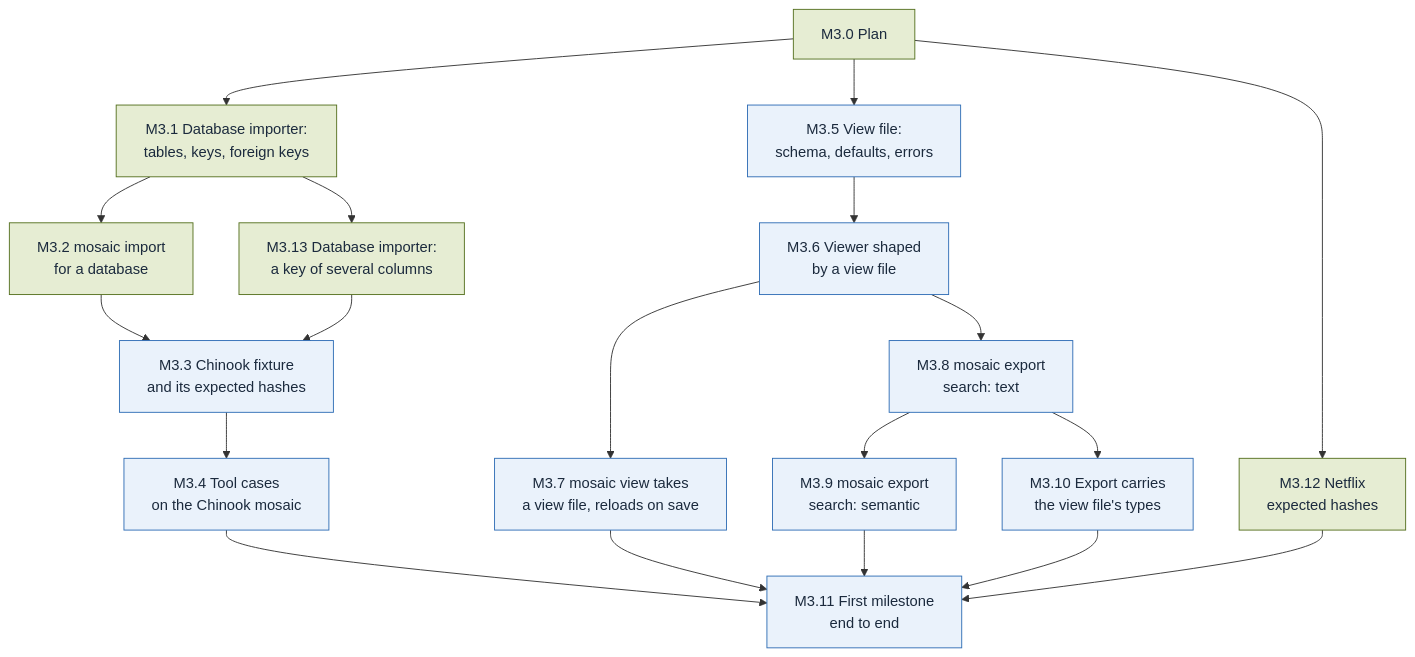
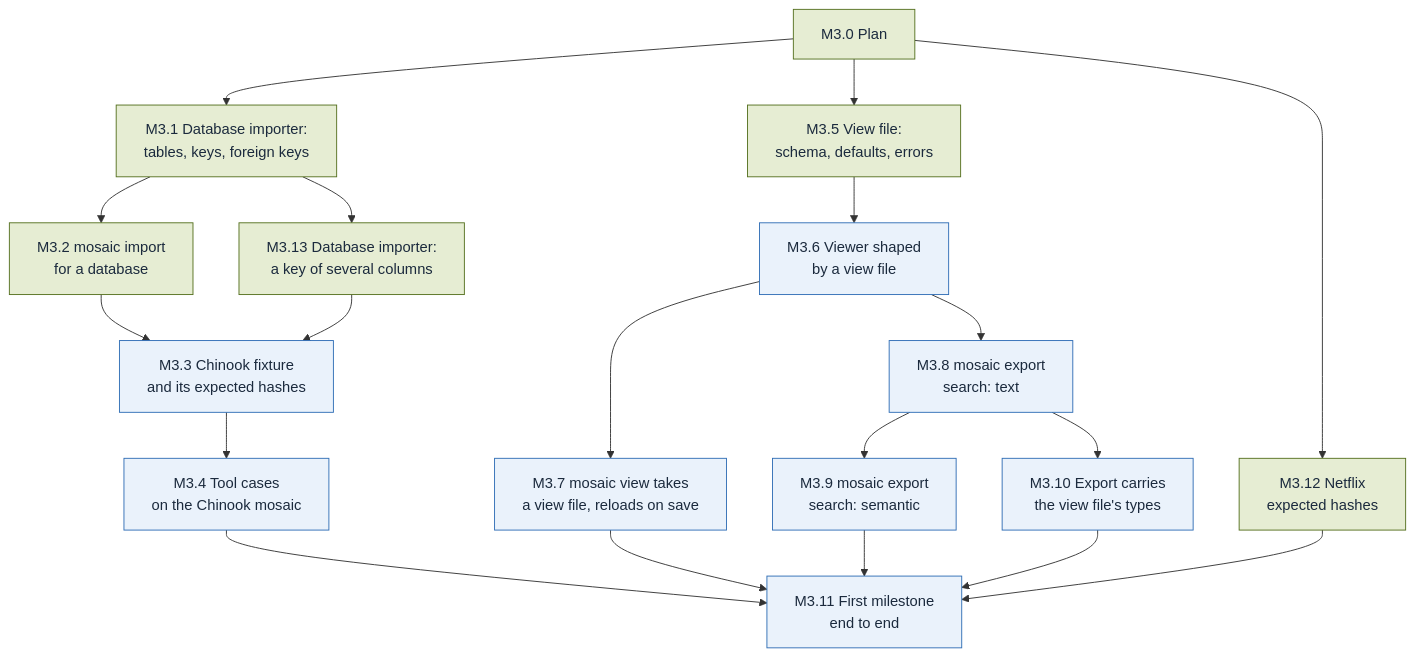
Before and after one commit to alcjor/Mosaic: the diagram in plan/M3.md, drawn with Mermaid. The commit also changed other lines of this file and 7 other files, not shown here.

First line of the commit message:
M3.5 View file: schema, defaults and errors (#120)

````diff
--- a/plan/M3.md
+++ b/plan/M3.md
@@ -3,69 +3,69 @@
 ```mermaid
 flowchart TD
   classDef done fill:#E6EDD3,stroke:#55701F,color:#1B2A3D
   classDef todo fill:#EAF2FB,stroke:#2F6DB5,color:#1B2A3D
   classDef parked fill:#FCEFCF,stroke:#F2B630,color:#1B2A3D
   %% One block per slice: its node, then its status (done, todo or parked).
   %% Blank lines keep each status line apart, so two PRs marking two slices merge cleanly.
 
   M3_0["M3.0 Plan"]
   class M3_0 done
 
   M3_1["M3.1 Database importer:<br/>tables, keys, foreign keys"]
   class M3_1 done
 
   M3_2["M3.2 mosaic import<br/>for a database"]
   class M3_2 done
 
   M3_3["M3.3 Chinook fixture<br/>and its expected hashes"]
   class M3_3 todo
 
   M3_4["M3.4 Tool cases<br/>on the Chinook mosaic"]
   class M3_4 todo
 
   M3_5["M3.5 View file:<br/>schema, defaults, errors"]
-  class M3_5 todo
+  class M3_5 done
 
   M3_6["M3.6 Viewer shaped<br/>by a view file"]
   class M3_6 todo
 
   M3_7["M3.7 mosaic view takes<br/>a view file, reloads on save"]
   class M3_7 todo
 
   M3_8["M3.8 mosaic export<br/>search: text"]
   class M3_8 todo
 
   M3_9["M3.9 mosaic export<br/>search: semantic"]
   class M3_9 todo
 
   M3_10["M3.10 Export carries<br/>the view file's types"]
   class M3_10 todo
 
   M3_11["M3.11 First milestone<br/>end to end"]
   class M3_11 todo
 
   M3_12["M3.12 Netflix<br/>expected hashes"]
   class M3_12 done
 
   M3_13["M3.13 Database importer:<br/>a key of several columns"]
   class M3_13 done
 
   M3_0 --> M3_1
   M3_1 --> M3_2
   M3_2 --> M3_3
   M3_3 --> M3_4
   M3_0 --> M3_5
   M3_5 --> M3_6
   M3_6 --> M3_7
   M3_6 --> M3_8
   M3_8 --> M3_9
   M3_8 --> M3_10
   M3_4 --> M3_11
   M3_7 --> M3_11
   M3_9 --> M3_11
   M3_10 --> M3_11
   M3_0 --> M3_12
   M3_12 --> M3_11
   M3_1 --> M3_13
   M3_13 --> M3_3
 ```
````
